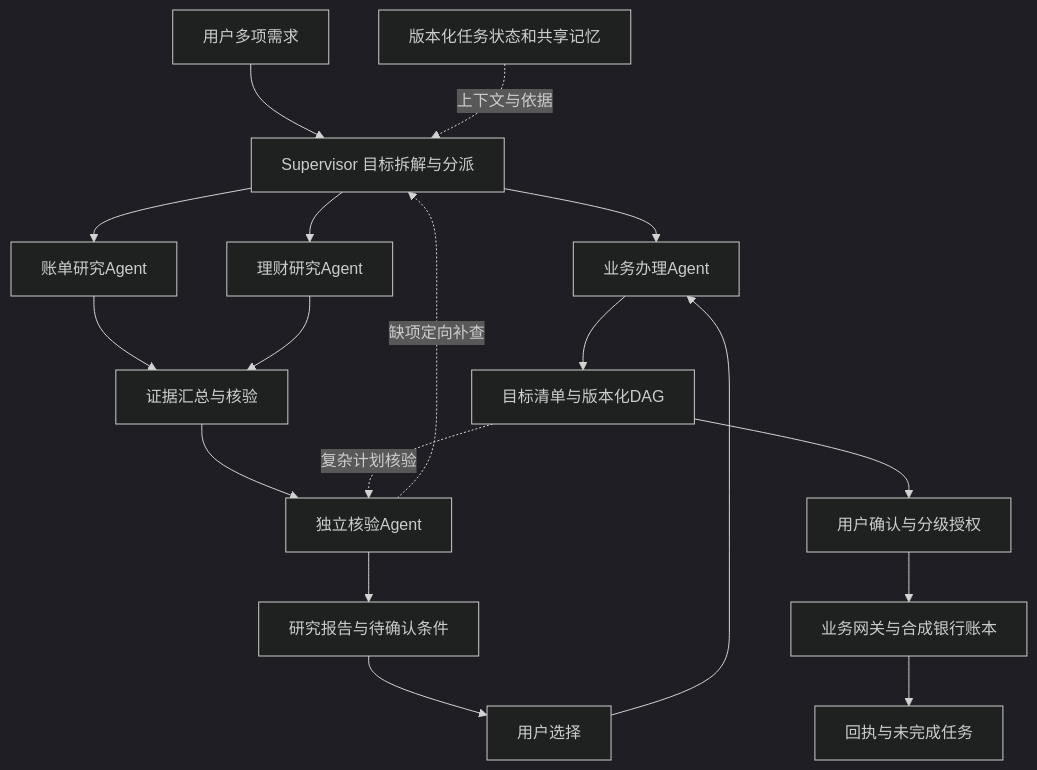
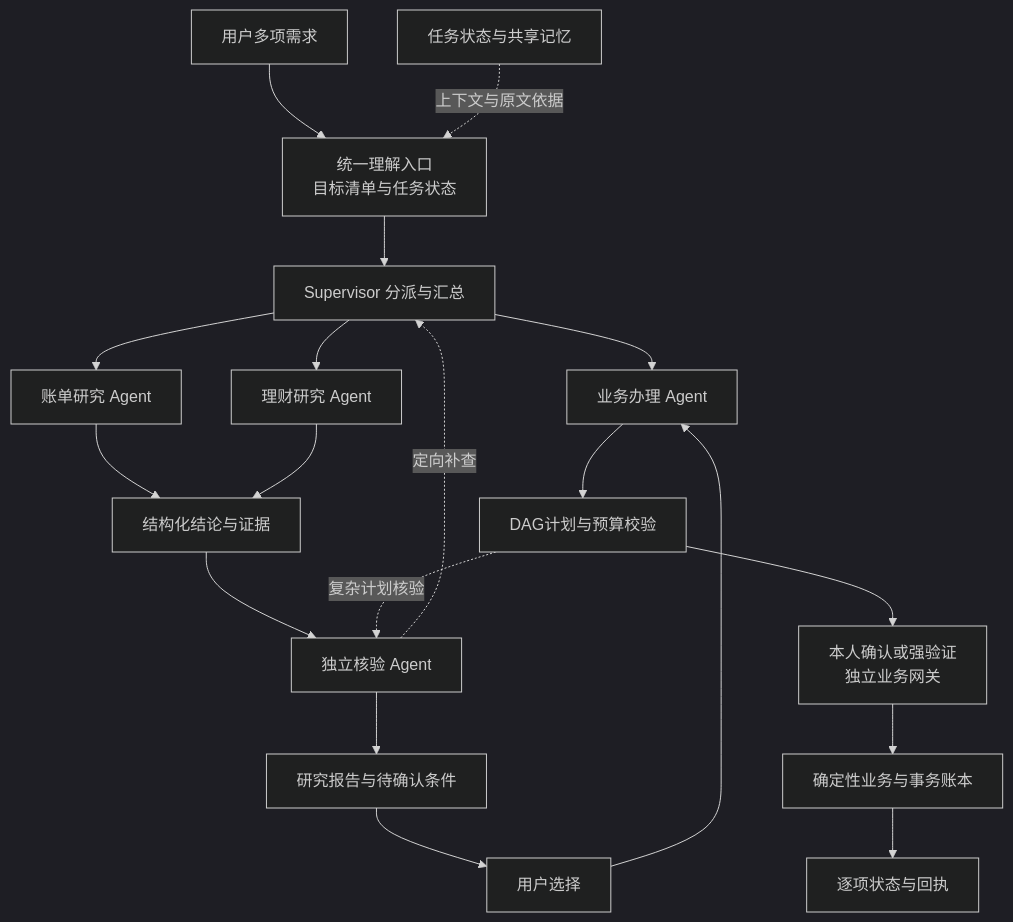
Before and after one commit to xqcd77/jianxing: the diagram in README.md, drawn with Mermaid (dark theme). The commit also changed other lines of this file and 143 other files, not shown here.

Commit message:
Simplify competition delivery and document architecture safety and all 15 slides

````diff
--- a/README.md
+++ b/README.md
@@ -53,20 +59,21 @@
 ```mermaid
 flowchart TD
- U[用户多项需求] --> S[Supervisor 目标拆解与分派]
- S --> B[业务办理Agent]
- S --> R1[账单研究Agent]
- S --> R2[理财研究Agent]
- R1 --> E[证据汇总与核验]
+ U["用户多项需求"] --> I["统一理解入口<br/>目标清单与任务状态"]
+ I --> S["Supervisor 分派与汇总"]
+ S --> B["业务办理 Agent"]
+ S --> R1["账单研究 Agent"]
+ S --> R2["理财研究 Agent"]
+ R1 --> E["结构化结论与证据"]
  R2 --> E
- E --> V[独立核验Agent]
- V -. 缺项定向补查 .-> S
- V --> REPORT[研究报告与待确认条件]
- REPORT --> CHOICE[用户选择]
+ E --> V["独立核验 Agent"]
+ V -. 定向补查 .-> S
+ V --> REPORT["研究报告与待确认条件"]
+ REPORT --> CHOICE["用户选择"]
  CHOICE --> B
- B --> DAG[目标清单与版本化DAG]
- DAG -. 复杂计划核验 .-> V
- DAG --> G[用户确认与分级授权]
- G --> BANK[业务网关与合成银行账本]
- BANK --> RECEIPT[回执与未完成任务]
- M[版本化任务状态和共享记忆] -. 上下文与依据 .-> S
+ B --> D["DAG计划与预算校验"]
+ D -. 复杂计划核验 .-> V
+ D --> G["本人确认或强验证<br/>独立业务网关"]
+ G --> BANK["确定性业务与事务账本"]
+ BANK --> RECEIPT["逐项状态与回执"]
+ M["任务状态与共享记忆"] -. 上下文与原文依据 .-> I
 ```
````
